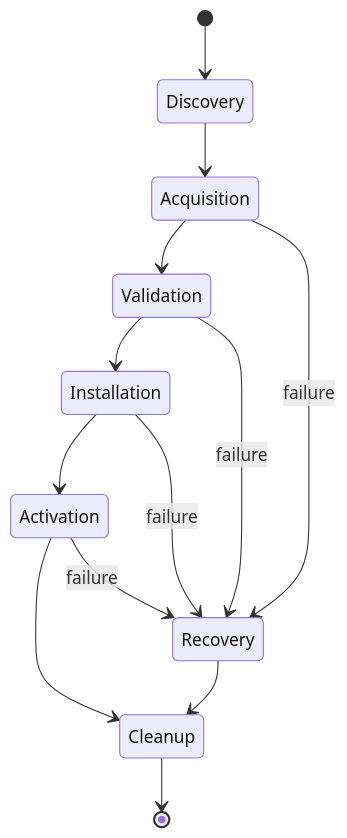
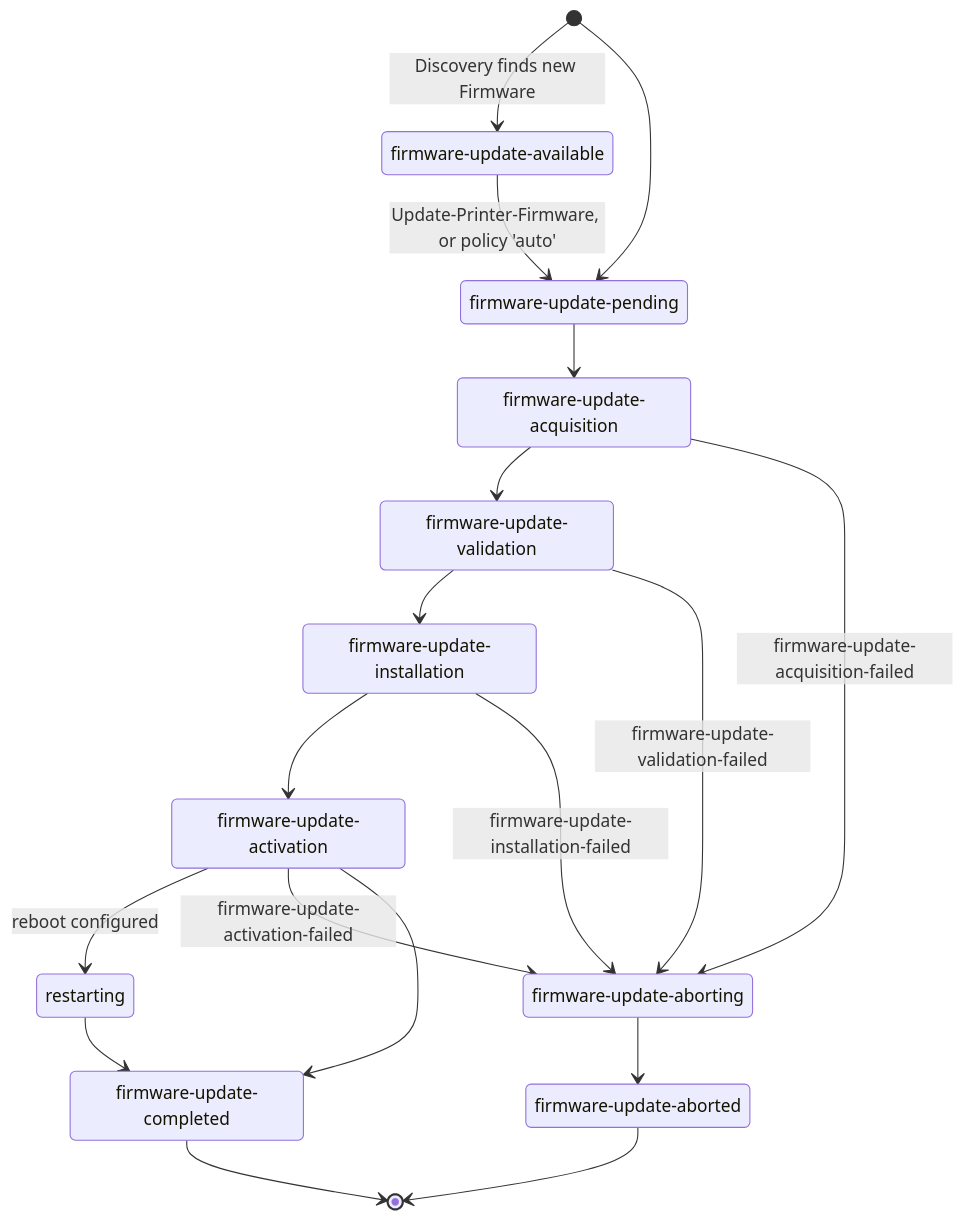
One commit to wifiprintguy/fwupdate-prototype-dart changed the first of 2 diagrams in README.md. Above: the diagram before and after it, drawn with Mermaid. The commit also changed other lines of this file and 18 other files, not shown here.

````diff
--- a/README.md
+++ b/README.md
@@ -235,16 +244,31 @@
 ```mermaid
 stateDiagram-v2
-    [*] --> Discovery
-    Discovery --> Acquisition
+    [*] --> Available: Discovery finds new Firmware
+    Available --> Pending: Update-Printer-Firmware, or policy 'auto'
+    [*] --> Pending
+    Pending --> Acquisition
     Acquisition --> Validation
     Validation --> Installation
     Installation --> Activation
-    Activation --> Cleanup
-    Cleanup --> [*]
+    Activation --> Restarting: reboot configured
+    Acquisition --> Aborting: firmware-update-acquisition-failed
+    Validation --> Aborting: firmware-update-validation-failed
+    Installation --> Aborting: firmware-update-installation-failed
+    Activation --> Aborting: firmware-update-activation-failed
+    Activation --> Completed
+    Restarting --> Completed
+    Aborting --> Aborted
+    Completed --> [*]
+    Aborted --> [*]
 
-    Acquisition --> Recovery: failure
-    Validation --> Recovery: failure
-    Installation --> Recovery: failure
-    Activation --> Recovery: failure
-    Recovery --> Cleanup
+    Available: firmware-update-available
+    Pending: firmware-update-pending
+    Acquisition: firmware-update-acquisition
+    Validation: firmware-update-validation
+    Installation: firmware-update-installation
+    Activation: firmware-update-activation
+    Restarting: restarting
+    Aborting: firmware-update-aborting
+    Completed: firmware-update-completed
+    Aborted: firmware-update-aborted
 ```
````
